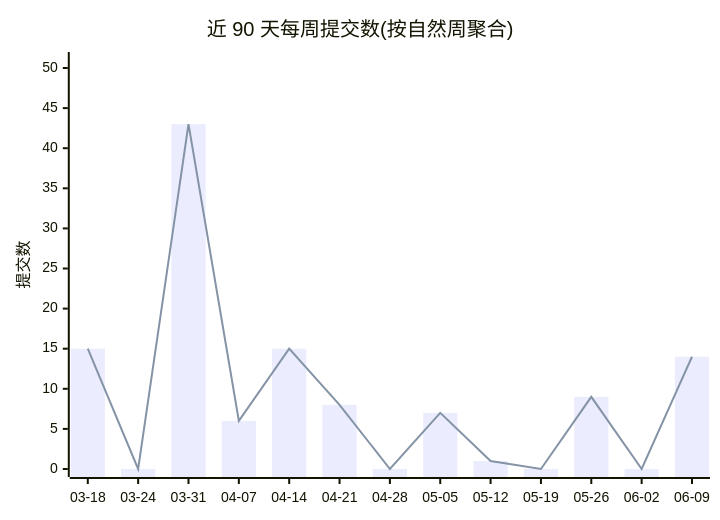
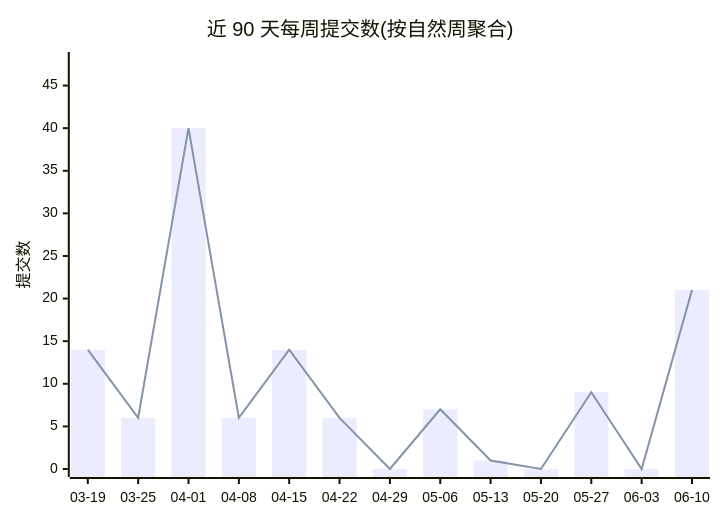
Before and after one commit to Conflux-Union/.github: the first of 2 diagrams in profile/README.md, drawn with Mermaid. The commit also changed other lines of this file and 1 other file, not shown here.

````diff
--- a/profile/README.md
+++ b/profile/README.md
@@ -44,8 +44,8 @@
 ```mermaid
 xychart-beta
     title "近 90 天每周提交数(按自然周聚合)"
-    x-axis ["03-18", "03-24", "03-31", "04-07", "04-14", "04-21", "04-28", "05-05", "05-12", "05-19", "05-26", "06-02", "06-09"]
-    y-axis "提交数" 0 --> 51
-    bar [15, 0, 43, 6, 15, 8, 0, 7, 1, 0, 9, 0, 14]
-    line [15, 0, 43, 6, 15, 8, 0, 7, 1, 0, 9, 0, 14]
+    x-axis ["03-19", "03-25", "04-01", "04-08", "04-15", "04-22", "04-29", "05-06", "05-13", "05-20", "05-27", "06-03", "06-10"]
+    y-axis "提交数" 0 --> 48
+    bar [14, 6, 40, 6, 14, 6, 0, 7, 1, 0, 9, 0, 21]
+    line [14, 6, 40, 6, 14, 6, 0, 7, 1, 0, 9, 0, 21]
 ```
````
